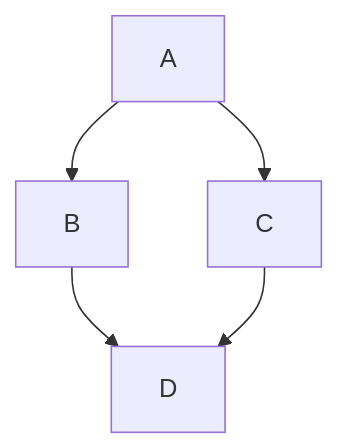
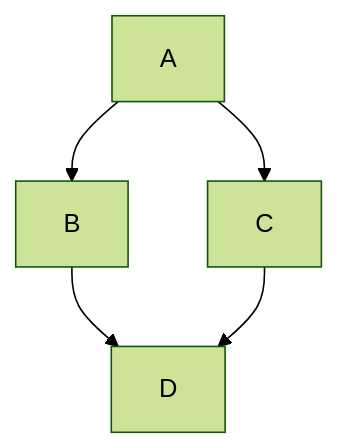
The diagram in mermaid-test.md (fkuep/pulp_builder), drawn with Mermaid before and after one commit.

Commit message:
try theme support

````diff
--- a/mermaid-test.md
+++ b/mermaid-test.md
@@ -3,7 +3,9 @@
 ```mermaid
+%%{init: {'theme': 'forest', "flowchart" : { "curve" : "basis" } } }%%
+
 graph TD;
     A-->B;
     A-->C;
     B-->D;
     C-->D
 ```
````
